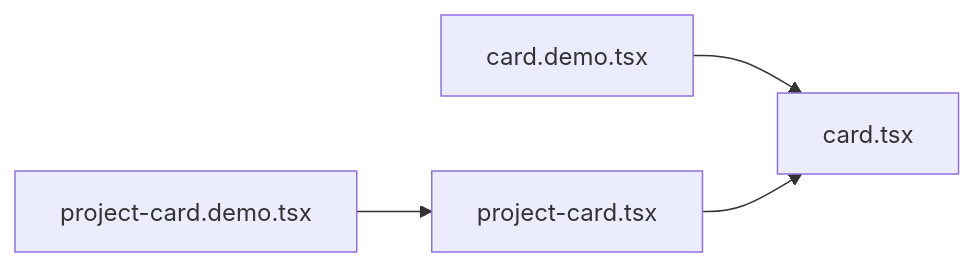
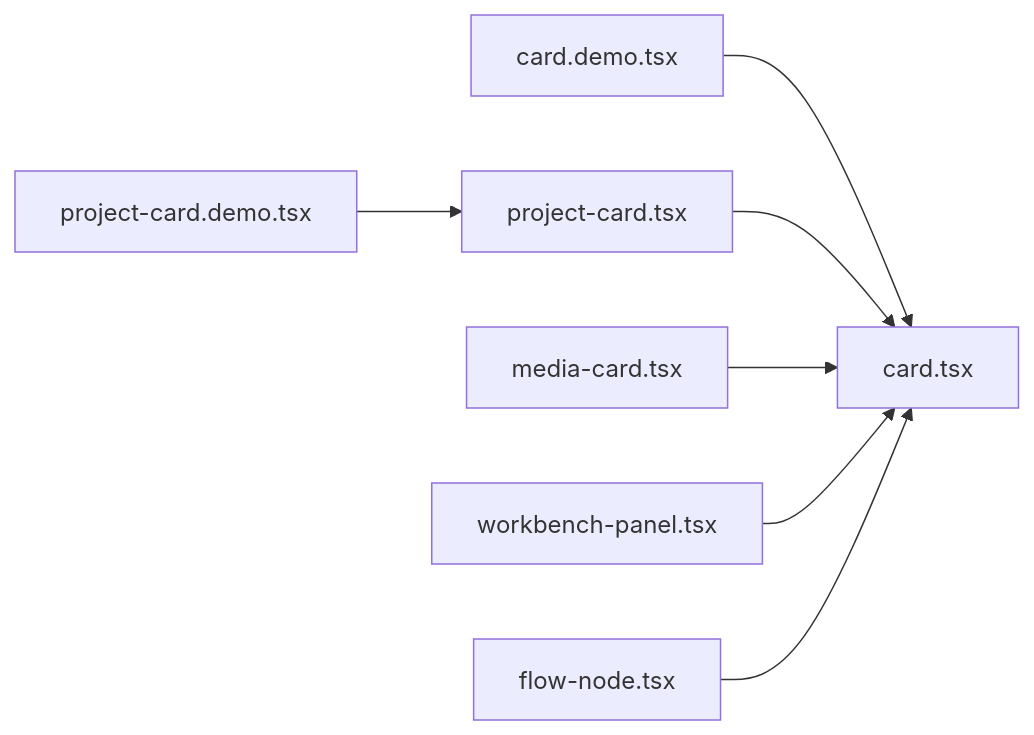
The second of 5 diagrams in .qoder/repowiki/zh/content/UI 组件库/基础组件/卡片组件.md (AIMFllyYS/code-video-canvas), drawn with Mermaid before and after one commit. The commit also changed other lines of this file and 51 other files, not shown here.

````diff
--- a/.qoder/repowiki/zh/content/UI 组件库/基础组件/卡片组件.md
+++ b/.qoder/repowiki/zh/content/UI 组件库/基础组件/卡片组件.md
@@ -72,6 +92,9 @@
 ```mermaid
 graph LR
 DemoA["card.demo.tsx"] --> Base["card.tsx"]
 DemoB["project-card.demo.tsx"] --> Biz["project-card.tsx"]
 Biz --> Base
+Media["media-card.tsx"] --> Base
+Panel["workbench-panel.tsx"] --> Base
+Node["flow-node.tsx"] --> Base
 ```
````
